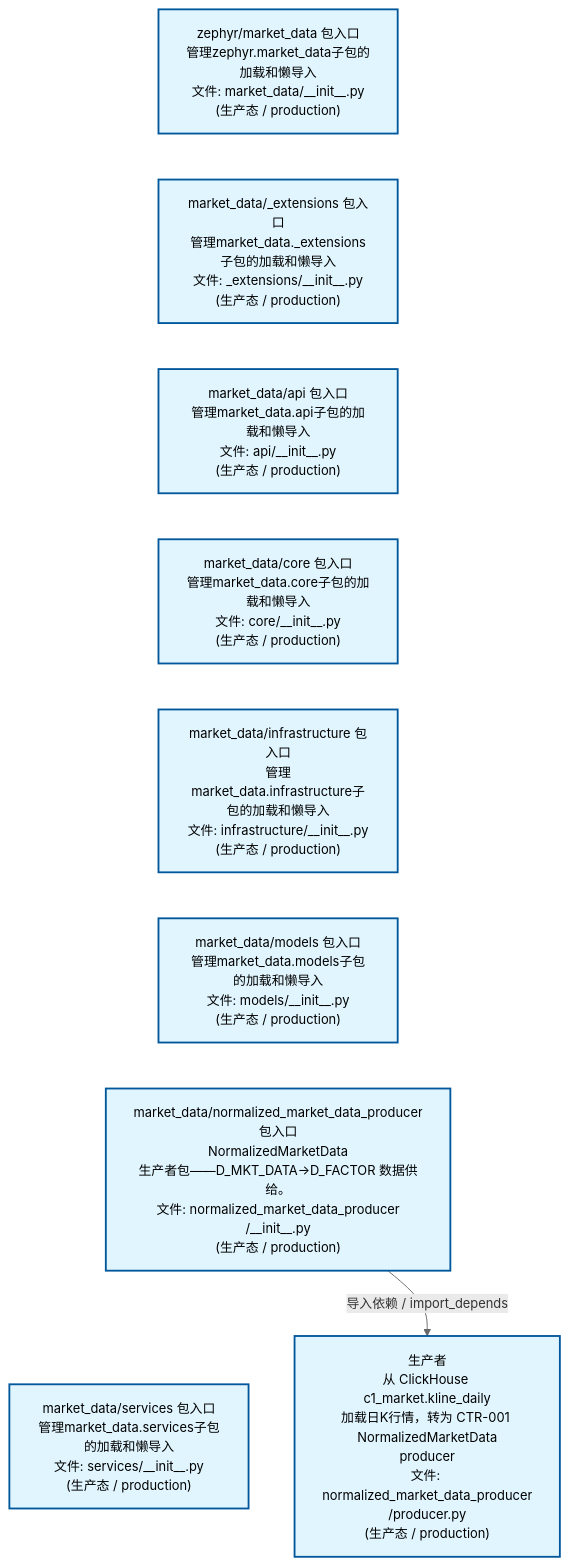
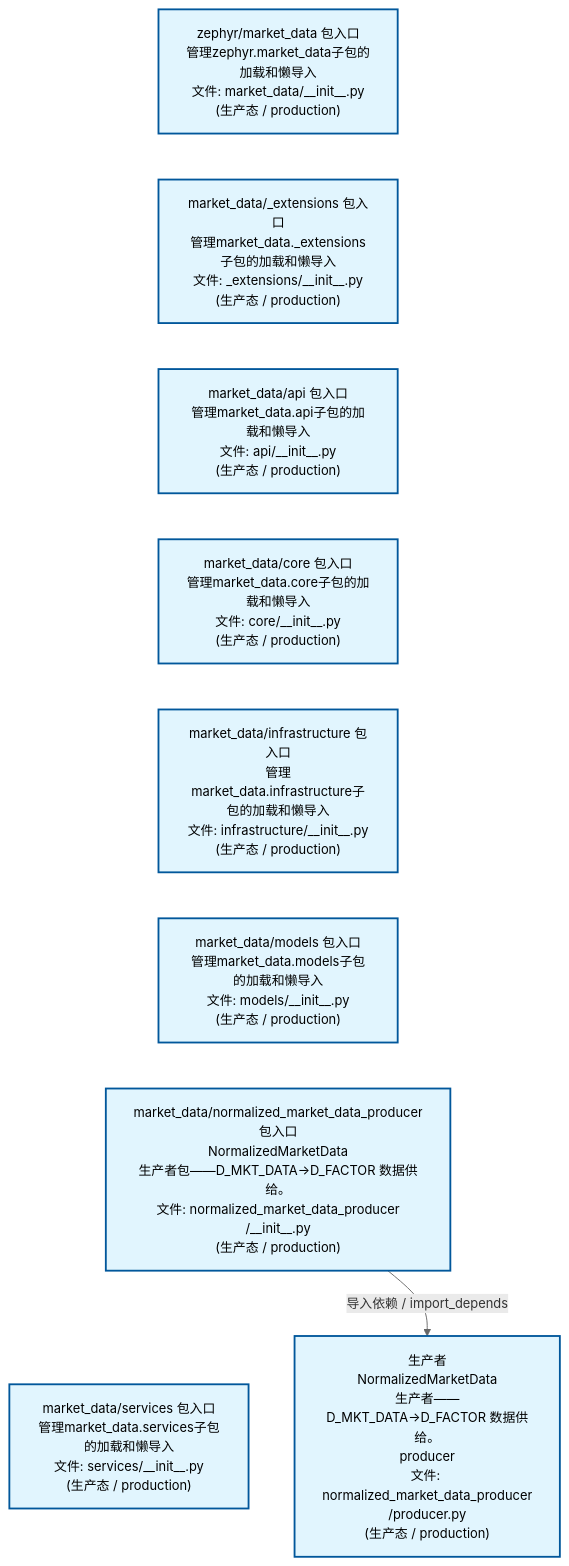
The second of 4 diagrams in docs/02_enterprise_architecture/02_domain_architecture_docs/23_d_mkt_data.md (xuanFelixVan/ZephyrAlpha), drawn with Mermaid before and after one commit. The commit also changed other lines of this file and 45 other files, not shown here.

````diff
--- a/docs/02_enterprise_architecture/02_domain_architecture_docs/23_d_mkt_data.md
+++ b/docs/02_enterprise_architecture/02_domain_architecture_docs/23_d_mkt_data.md
@@ -112,26 +112,26 @@
 ```mermaid
 %%{init: {'theme': 'base', 'themeVariables': {'primaryColor': '#eaeaea', 'primaryTextColor': '#333333', 'primaryBorderColor': '#666666', 'lineColor': '#666666', 'secondaryColor': '#eaeaea', 'tertiaryColor': '#eaeaea', 'fontSize': '14px'}}}%%
 flowchart TD
     src_zephyr_market_data_init_py["zephyr/market_data 包入口<br/>管理zephyr.market_data子包的加载和懒导入<br/>文件: market_data/__init__.py<br/>(生产态 / production)"]
     src_zephyr_market_data_extensions_init_py["market_data/_extensions 包入口<br/>管理market_data._extensions子包的加载和懒导入<br/>文件: _extensions/__init__.py<br/>(生产态 / production)"]
     src_zephyr_market_data_api_init_py["market_data/api 包入口<br/>管理market_data.api子包的加载和懒导入<br/>文件: api/__init__.py<br/>(生产态 / production)"]
     src_zephyr_market_data_core_init_py["market_data/core 包入口<br/>管理market_data.core子包的加载和懒导入<br/>文件: core/__init__.py<br/>(生产态 / production)"]
     src_zephyr_market_data_infrastructure_init_py["market_data/infrastructure 包入口<br/>管理market_data.infrastructure子包的加载和懒导入<br/>文件: infrastructure/__init__.py<br/>(生产态 / production)"]
     src_zephyr_market_data_models_init_py["market_data/models 包入口<br/>管理market_data.models子包的加载和懒导入<br/>文件: models/__init__.py<br/>(生产态 / production)"]
     src_zephyr_market_data_normalized_market_data_producer_init_py["market_data/normalized_market_data_producer<br/>包入口<br/>NormalizedMarketData<br/>生产者包——D_MKT_DATA→D_FACTOR 数据供给。<br/>文件: normalized_market_data_producer<br/>/__init__.py<br/>(生产态 / production)"]
     src_zephyr_market_data_services_init_py["market_data/services 包入口<br/>管理market_data.services子包的加载和懒导入<br/>文件: services/__init__.py<br/>(生产态 / production)"]
     src_zephyr_market_data_init_py ~~~ src_zephyr_market_data_extensions_init_py
     src_zephyr_market_data_extensions_init_py ~~~ src_zephyr_market_data_api_init_py
     src_zephyr_market_data_api_init_py ~~~ src_zephyr_market_data_core_init_py
     src_zephyr_market_data_core_init_py ~~~ src_zephyr_market_data_infrastructure_init_py
     src_zephyr_market_data_infrastructure_init_py ~~~ src_zephyr_market_data_models_init_py
     src_zephyr_market_data_models_init_py ~~~ src_zephyr_market_data_normalized_market_data_producer_init_py
     src_zephyr_market_data_normalized_market_data_producer_init_py ~~~ src_zephyr_market_data_services_init_py
-    src_zephyr_market_data_normalized_market_data_producer_producer_py["生产者<br/>从 ClickHouse c1_market.kline_daily<br/>加载日K行情，转为 CTR-001 NormalizedMarketData<br/>producer<br/>文件: normalized_market_data_producer<br/>/producer.py<br/>(生产态 / production)"]
+    src_zephyr_market_data_normalized_market_data_producer_producer_py["生产者<br/>NormalizedMarketData<br/>生产者——D_MKT_DATA→D_FACTOR 数据供给。<br/>producer<br/>文件: normalized_market_data_producer<br/>/producer.py<br/>(生产态 / production)"]
     src_zephyr_market_data_normalized_market_data_producer_init_py -->|导入依赖 / import_depends| src_zephyr_market_data_normalized_market_data_producer_producer_py
     classDef production fill:#e1f5fe,stroke:#01579b,stroke-width:2px,color:#000
     classDef design fill:#fff3e0,stroke:#e65100,stroke-width:2px,color:#000,stroke-dasharray: 5 5
     classDef external_prod fill:#e8f4fd,stroke:#0277bd,stroke-width:1px,color:#000
     classDef external_design fill:#fff8e7,stroke:#ef6c00,stroke-width:1px,color:#000,stroke-dasharray: 5 5
     class src_zephyr_market_data_init_py,src_zephyr_market_data_extensions_init_py,src_zephyr_market_data_api_init_py,src_zephyr_market_data_core_init_py,src_zephyr_market_data_infrastructure_init_py,src_zephyr_market_data_models_init_py,src_zephyr_market_data_normalized_market_data_producer_init_py,src_zephyr_market_data_normalized_market_data_producer_producer_py,src_zephyr_market_data_services_init_py production
 ```
````
